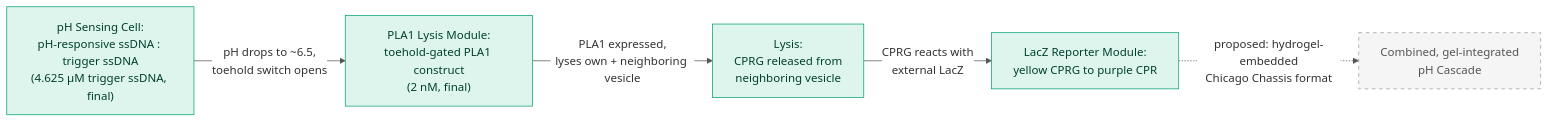
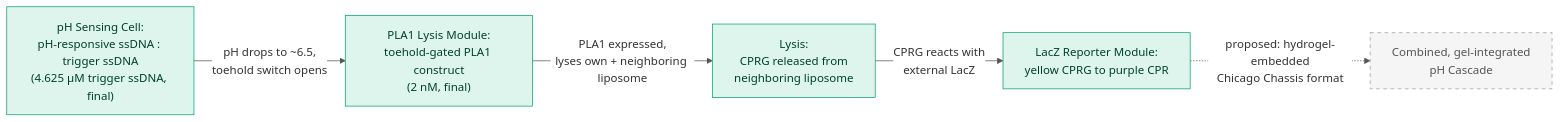
One commit to nucleus-eng/nucleus-docs changed the diagram in docs/modules/ph-cascade/spec.md. Above: the diagram before and after it, drawn with Mermaid. The commit also changed other lines of this file and 34 other files, not shown here.

````diff
--- a/docs/modules/ph-cascade/spec.md
+++ b/docs/modules/ph-cascade/spec.md
@@ -24,14 +24,14 @@
 ```{mermaid}
 %%{init: {'theme': 'base', 'themeVariables': {'lineColor': '#555555', 'edgeLabelBackground': '#ffffff'}}}%%
 flowchart LR
     PH["pH Sensing Cell:\npH-responsive ssDNA : trigger ssDNA\n(4.625 µM trigger ssDNA, final)"] -->|"pH drops to ~6.5,\ntoehold switch opens"| PLA1["PLA1 Lysis Module:\ntoehold-gated PLA1 construct\n(2 nM, final)"]
-    PLA1 -->|"PLA1 expressed,\nlyses own + neighboring vesicle"| LYSIS["Lysis:\nCPRG released from\nneighboring vesicle"]
+    PLA1 -->|"PLA1 expressed,\nlyses own + neighboring liposome"| LYSIS["Lysis:\nCPRG released from\nneighboring liposome"]
     LYSIS -->|"CPRG reacts with\nexternal LacZ"| READOUT["LacZ Reporter Module:\nyellow CPRG to purple CPR"]
     READOUT -.->|"proposed: hydrogel-embedded\nChicago Chassis format"| GEL["Combined, gel-integrated\npH Cascade"]
 
     classDef confirmed fill:#def5ee,stroke:#009E73,color:#00402e;
     classDef proposed fill:#f5f5f5,stroke:#999999,color:#555555,stroke-dasharray: 5 5;
 
     class PH,PLA1,LYSIS,READOUT confirmed;
     class GEL proposed;
 ```
````
